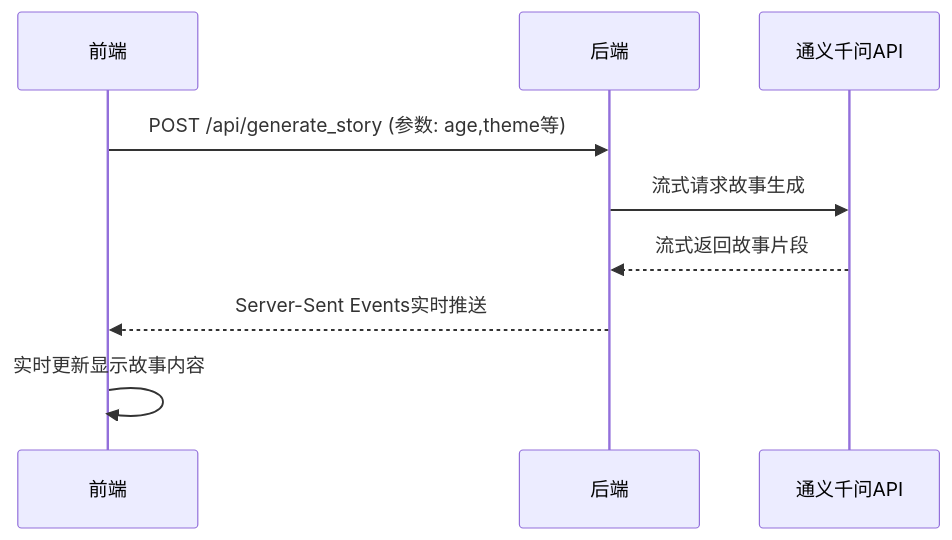
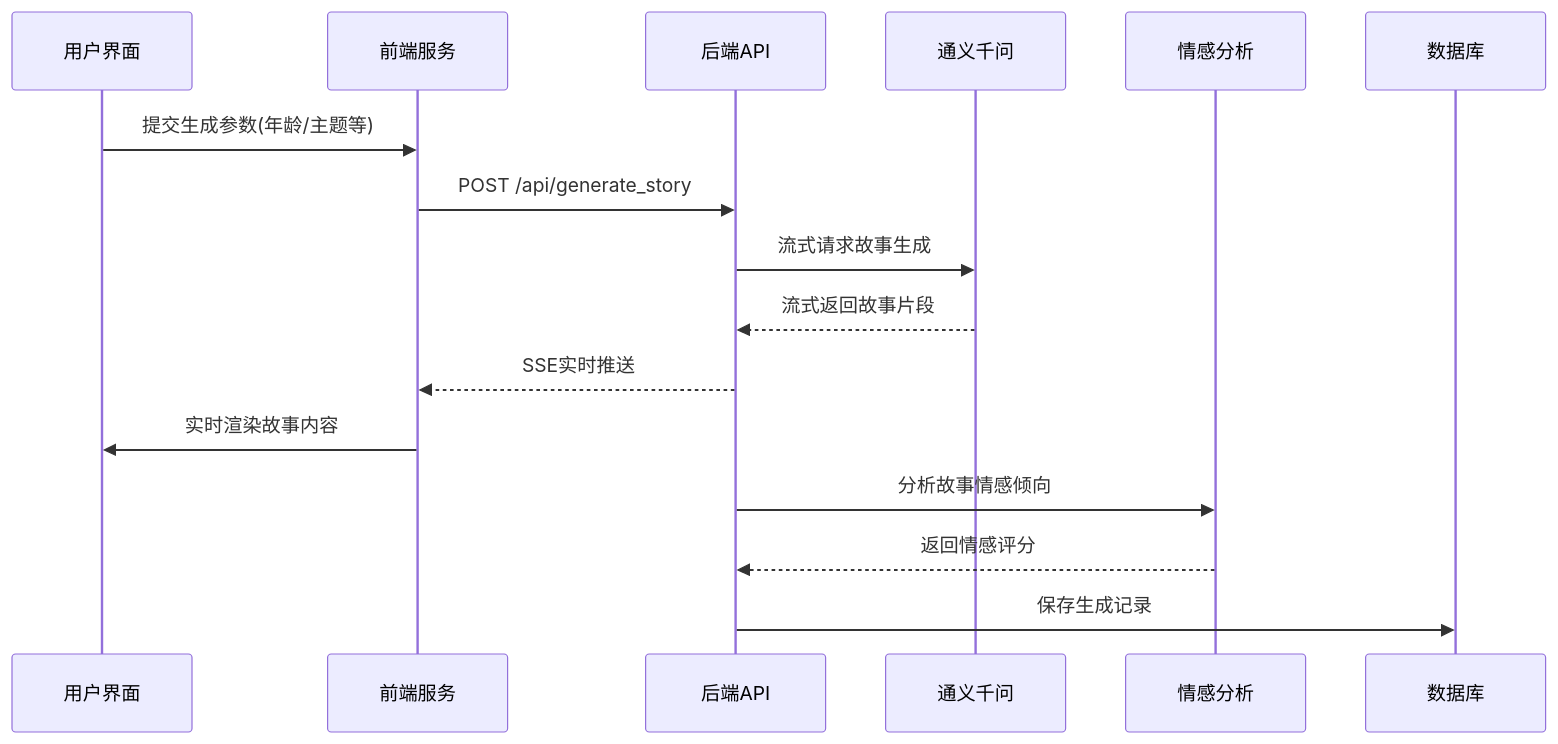
Before and after one commit to Chi-43/Children_Story_System: the third of 3 diagrams in README.md, drawn with Mermaid. The commit also changed other lines of this file and 2 other files, not shown here.

````diff
--- a/README.md
+++ b/README.md
@@ -21,11 +44,18 @@
 ```mermaid
 sequenceDiagram
-    participant 前端
-    participant 后端
-    participant 通义千问API
-    前端->>后端: POST /api/generate_story (参数: age,theme等)
-    后端->>通义千问API: 流式请求故事生成
-    通义千问API-->>后端: 流式返回故事片段
-    后端-->>前端: Server-Sent Events实时推送
-    前端->>前端: 实时更新显示故事内容
+    participant 用户界面
+    participant 前端服务
+    participant 后端API
+    participant 通义千问
+    participant 情感分析
+    
+    用户界面->>前端服务: 提交生成参数(年龄/主题等)
+    前端服务->>后端API: POST /api/generate_story
+    后端API->>通义千问: 流式请求故事生成
+    通义千问-->>后端API: 流式返回故事片段
+    后端API-->>前端服务: SSE实时推送
+    前端服务->>用户界面: 实时渲染故事内容
+    后端API->>情感分析: 分析故事情感倾向
+    情感分析-->>后端API: 返回情感评分
+    后端API->>数据库: 保存生成记录
 ```
````
